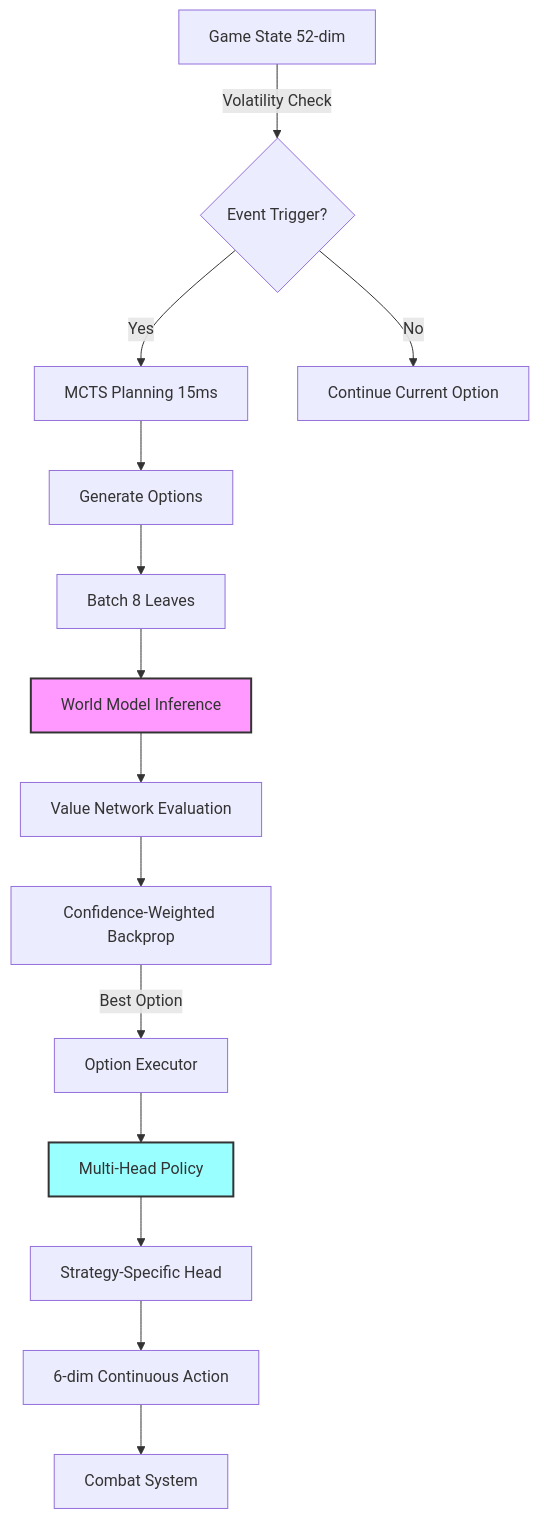
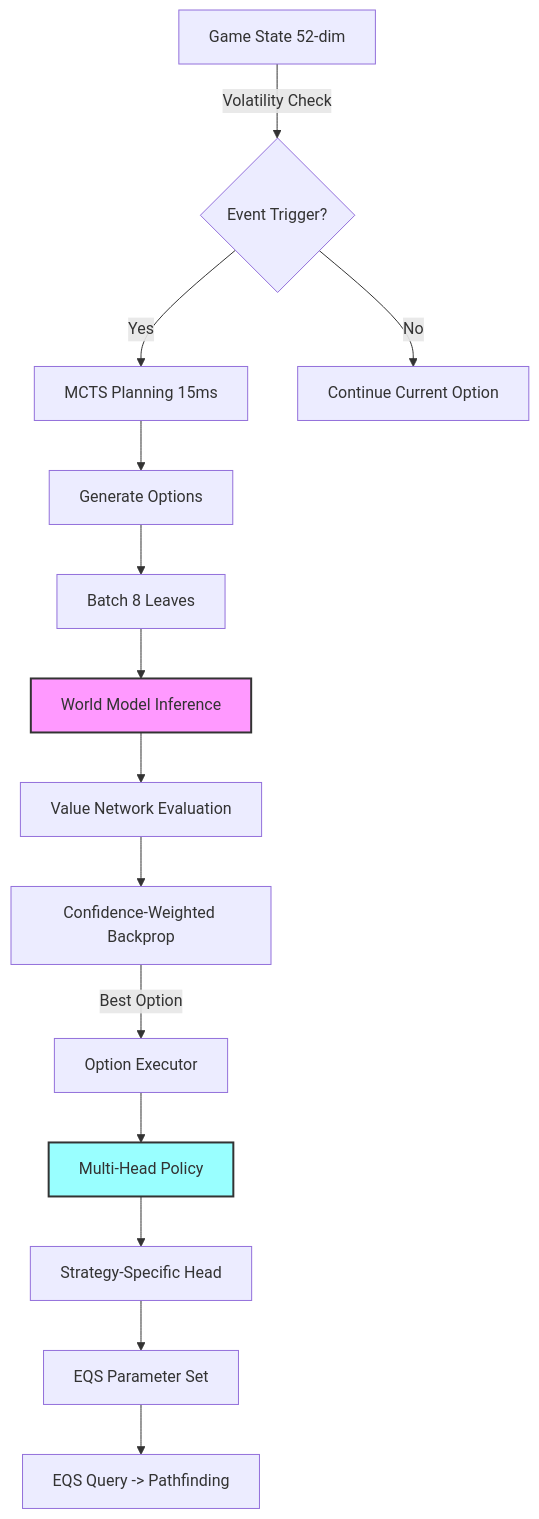
The diagram in REFACTORINGv10.1.md (Hongyoosung/CORTEX), drawn with Mermaid before and after one commit. The commit also changed other lines of this file, not shown here.

Commit message:
update EQS doc

````diff
--- a/REFACTORINGv10.1.md
+++ b/REFACTORINGv10.1.md
@@ -81,21 +81,21 @@
 ```mermaid
 graph TD
     A[Game State 52-dim] -->|Volatility Check| B{Event Trigger?}
     B -->|Yes| C[MCTS Planning 15ms]
     B -->|No| D[Continue Current Option]
     
     C --> E[Generate Options]
     E --> F[Batch 8 Leaves]
     F --> G[World Model Inference]
     G --> H[Value Network Evaluation]
     H --> I[Confidence-Weighted Backprop]
     I -->|Best Option| J[Option Executor]
     
     J --> K[Multi-Head Policy]
     K --> L[Strategy-Specific Head]
-    L --> M[6-dim Continuous Action]
-    M --> N[Combat System]
+    L --> M[EQS Parameter Set]
+    M --> N[EQS Query -> Pathfinding]
     
     style G fill:#f9f,stroke:#333,stroke-width:2px
     style K fill:#9ff,stroke:#333,stroke-width:2px
 ```
````
